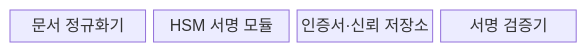
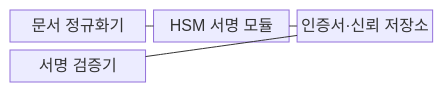
The first of 2 diagrams in src/content/docs/notes/05-security/006_digital_signature.md (agnusdei1207/knowledge-base), drawn with Mermaid before and after one commit. The commit also changed other lines of this file and 151 other files, not shown here.

````diff
--- a/src/content/docs/notes/05-security/006_digital_signature.md
+++ b/src/content/docs/notes/05-security/006_digital_signature.md
@@ -59,8 +59,11 @@
 ```mermaid
 block-beta
-    columns 4
+    columns 3
     C["문서 정규화기"]
     H["HSM 서명 모듈"]
     T["인증서·신뢰 저장소"]
     V["서명 검증기"]
+    C --- H
+    H --- T
+    T --- V
 ```
````
